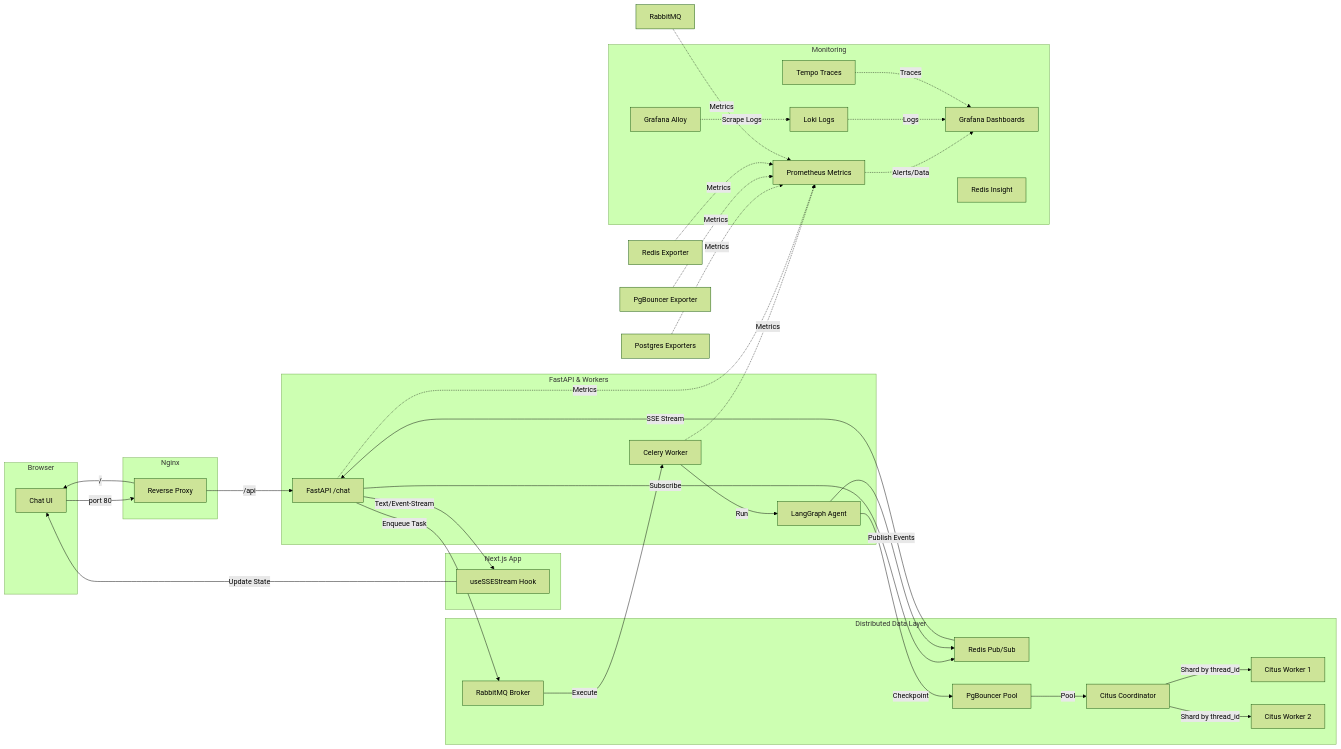
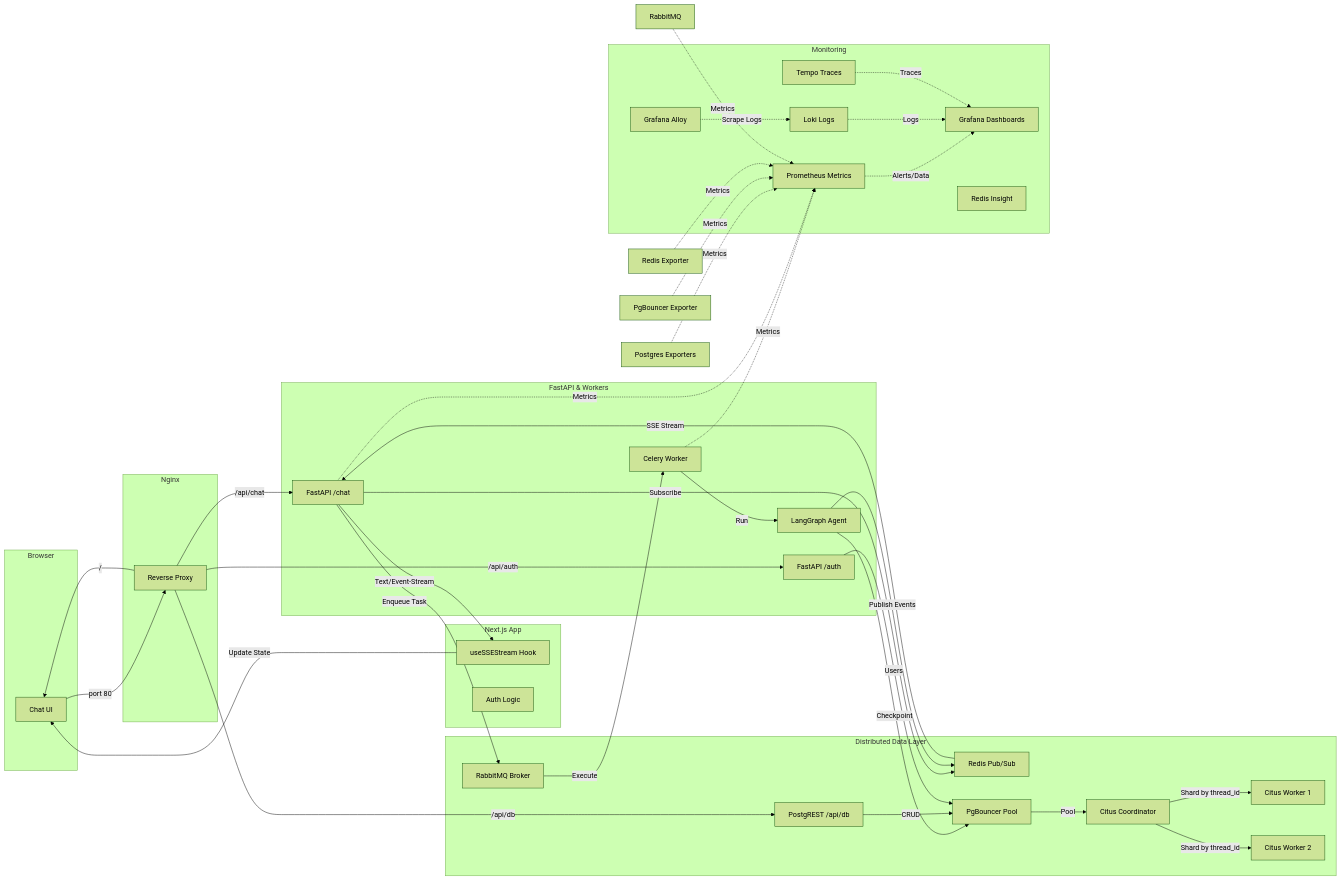
Before and after one commit to tituslhy/fictional-bassoon: the diagram in README.md, drawn with Mermaid (forest theme). The commit also changed other lines of this file and 16 other files, not shown here.

````diff
--- a/README.md
+++ b/README.md
@@ -11,73 +11,80 @@
 ```mermaid
 %%{init: {'flowchart': {'useMaxWidth': false, 'curve': 'basis'}}}%%
 graph LR
     subgraph Client [Browser]
         UI[Chat UI]
     end
 
     subgraph Proxy [Nginx]
         NG[Reverse Proxy]
     end
 
     subgraph Frontend [Next.js App]
         SSE[useSSEStream Hook]
+        Auth[Auth Logic]
     end
 
     subgraph Backend [FastAPI & Workers]
         API[FastAPI /chat]
+        AuthAPI[FastAPI /auth]
         Worker[Celery Worker]
         Agent[LangGraph Agent]
     end
 
-    subgraph Infrastructure [Distributed Data Layer]
+    subgraph Persistence [Distributed Data Layer]
         Broker[RabbitMQ Broker]
         PubSub[Redis Pub/Sub]
         PgB[PgBouncer Pool]
+        PGRST[PostgREST /api/db]
         CitusC[Citus Coordinator]
         CW1[Citus Worker 1]
         CW2[Citus Worker 2]
     end
 
     subgraph Monitoring
         Alloy[Grafana Alloy]
         Loki[Loki Logs]
         Prom[Prometheus Metrics]
         Tempo[Tempo Traces]
         Grafana[Grafana Dashboards]
         Insight[Redis Insight]
     end
 
     %% Flow
     UI -->|port 80| NG
     NG -->|/| UI
-    NG -->|/api| API
+    NG -->|/api/auth| AuthAPI
+    NG -->|/api/chat| API
+    NG -->|/api/db| PGRST
     
     API -->|Subscribe| PubSub
     API -->|Enqueue Task| Broker
     Broker -->|Execute| Worker
     Worker -->|Run| Agent
     
     %% DB Flow
     Agent -->|Checkpoint| PgB
+    PGRST -->|CRUD| PgB
+    AuthAPI -->|Users| PgB
     PgB -->|Pool| CitusC
     CitusC -->|Shard by thread_id| CW1
     CitusC -->|Shard by thread_id| CW2
     
     Agent -->|Publish Events| PubSub
     PubSub -->|SSE Stream| API
     API -->|Text/Event-Stream| SSE
     SSE -->|Update State| UI
 
     %% Observability
     Worker -.->|Metrics| Prom
     API -.->|Metrics| Prom
     PostgresExporter[Postgres Exporters] -.->|Metrics| Prom
     PgBExporter[PgBouncer Exporter] -.->|Metrics| Prom
     RedisExporter[Redis Exporter] -.->|Metrics| Prom
     RabbitMQ -.->|Metrics| Prom
     
     Alloy -.->|Scrape Logs| Loki
     Prom -.->|Alerts/Data| Grafana
     Loki -.->|Logs| Grafana
     Tempo -.->|Traces| Grafana
 ```
````
